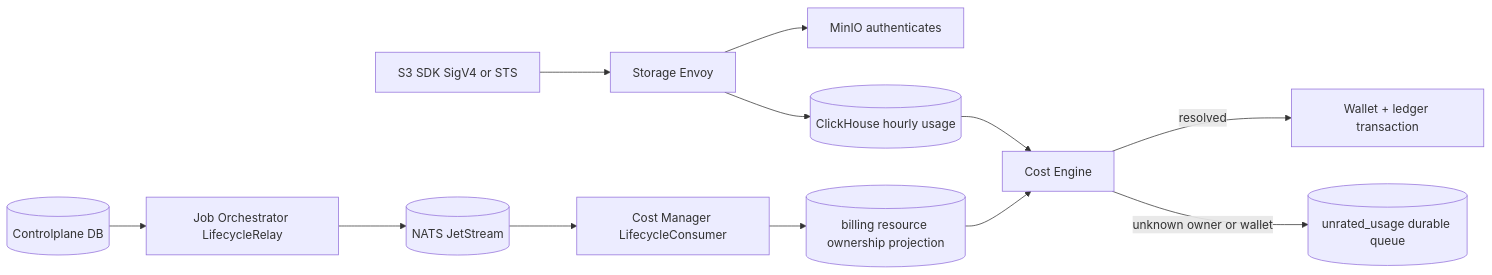
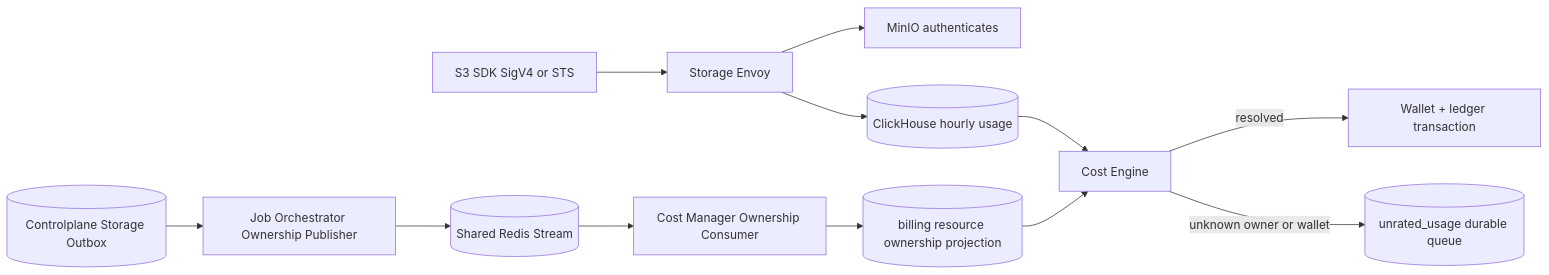
One commit to phucle996/aurora changed the diagram in god_view/billing/storage_usage_billing_god_view.md. Above: the diagram before and after it, drawn with Mermaid. The commit also changed other lines of this file and 87 other files, not shown here.

Commit message:
refactor: migrate resource ownership lifecycle to outbox-based changefeed and result processing system

````diff
--- a/god_view/billing/storage_usage_billing_god_view.md
+++ b/god_view/billing/storage_usage_billing_god_view.md
@@ -11,14 +11,14 @@
 ```mermaid
 flowchart LR
     SDK[S3 SDK SigV4 or STS] --> ENV[Storage Envoy]
     ENV --> MINIO[MinIO authenticates]
     ENV --> CH[(ClickHouse hourly usage)]
-    CP[(Controlplane DB)] --> JO[Job Orchestrator LifecycleRelay]
-    JO --> JS[(NATS JetStream)]
-    JS --> CONSUMER[Cost Manager LifecycleConsumer]
+    CP[(Controlplane Storage Outbox)] --> JO[Job Orchestrator Ownership Publisher]
+    JO --> RS[(Shared Redis Stream)]
+    RS --> CONSUMER[Cost Manager Ownership Consumer]
     CONSUMER --> PROJ[(billing resource ownership projection)]
     CH --> ENG[Cost Engine]
     PROJ --> ENG
     ENG -->|resolved| WALLET[Wallet + ledger transaction]
     ENG -->|unknown owner or wallet| UNRATED[(unrated_usage durable queue)]
 ```
````
